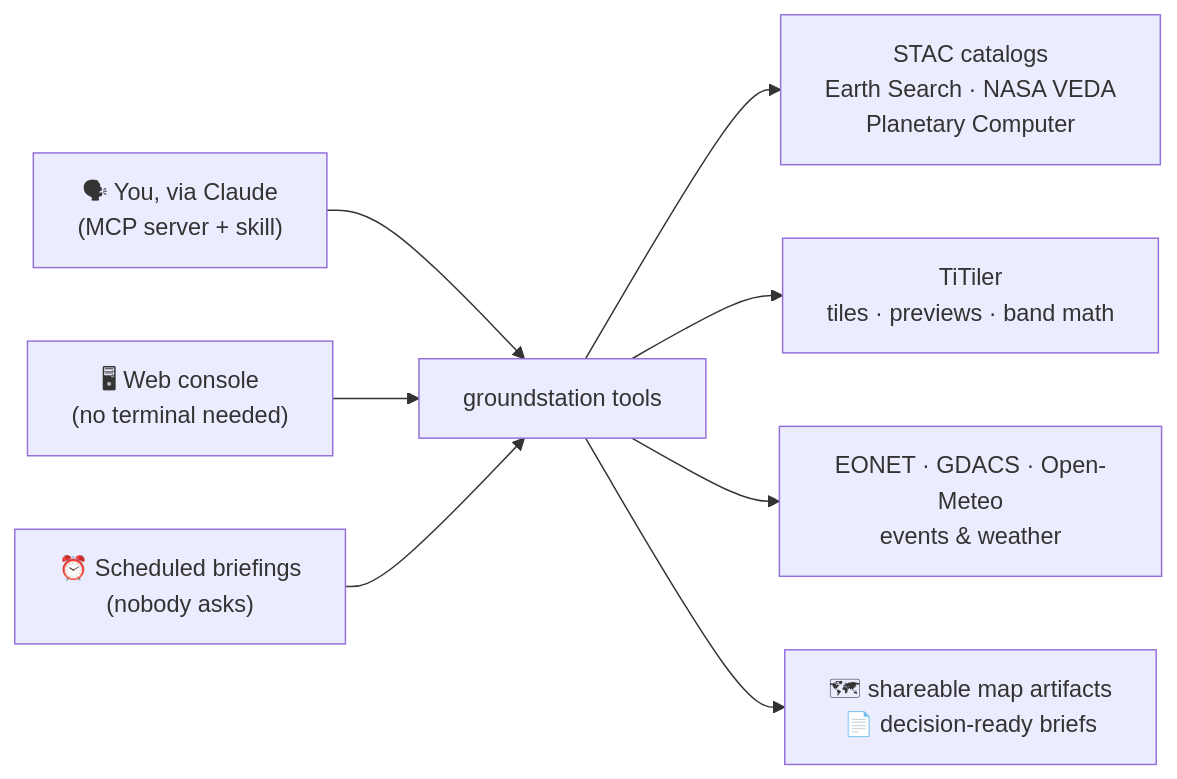
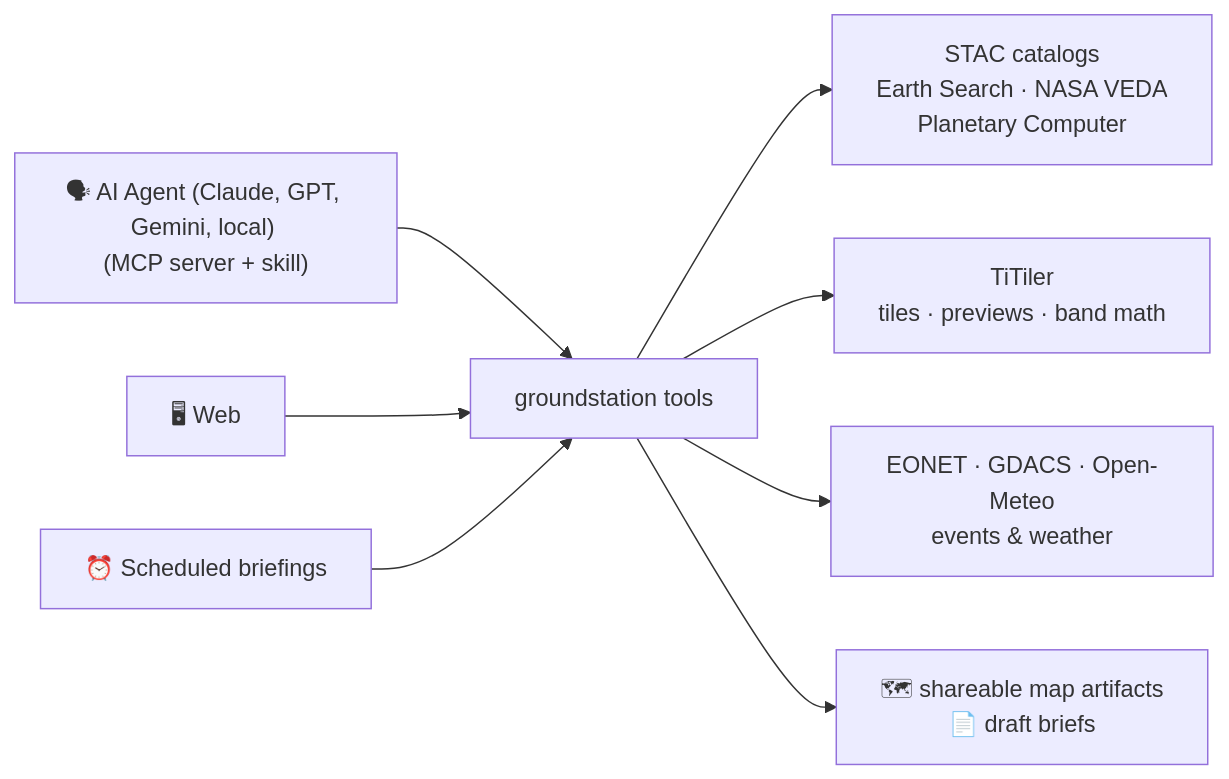
The diagram in README.md (dannybauman/groundstation), drawn with Mermaid before and after one commit. The commit also changed other lines of this file and 119 other files, not shown here.

````diff
--- a/README.md
+++ b/README.md
@@ -7,10 +9,10 @@
 ```mermaid
 flowchart LR
-    A["🗣 You, via Claude<br/>(MCP server + skill)"] --> T
-    B["🖥 Web console<br/>(no terminal needed)"] --> T
-    C["⏰ Scheduled briefings<br/>(nobody asks)"] --> T
+    A["🗣 AI Agent (Claude, GPT, Gemini, local) <br/>(MCP server + skill)"] --> T
+    B["🖥 Web"] --> T
+    C["⏰ Scheduled briefings"] --> T
     T["groundstation tools"] --> D["STAC catalogs<br/>Earth Search · NASA VEDA<br/>Planetary Computer"]
     T --> E["TiTiler<br/>tiles · previews · band math"]
     T --> F["EONET · GDACS · Open-Meteo<br/>events & weather"]
-    T --> G["🗺 shareable map artifacts<br/>📄 decision-ready briefs"]
+    T --> G["🗺 shareable map artifacts<br/>📄 draft briefs"]
 ```
````
